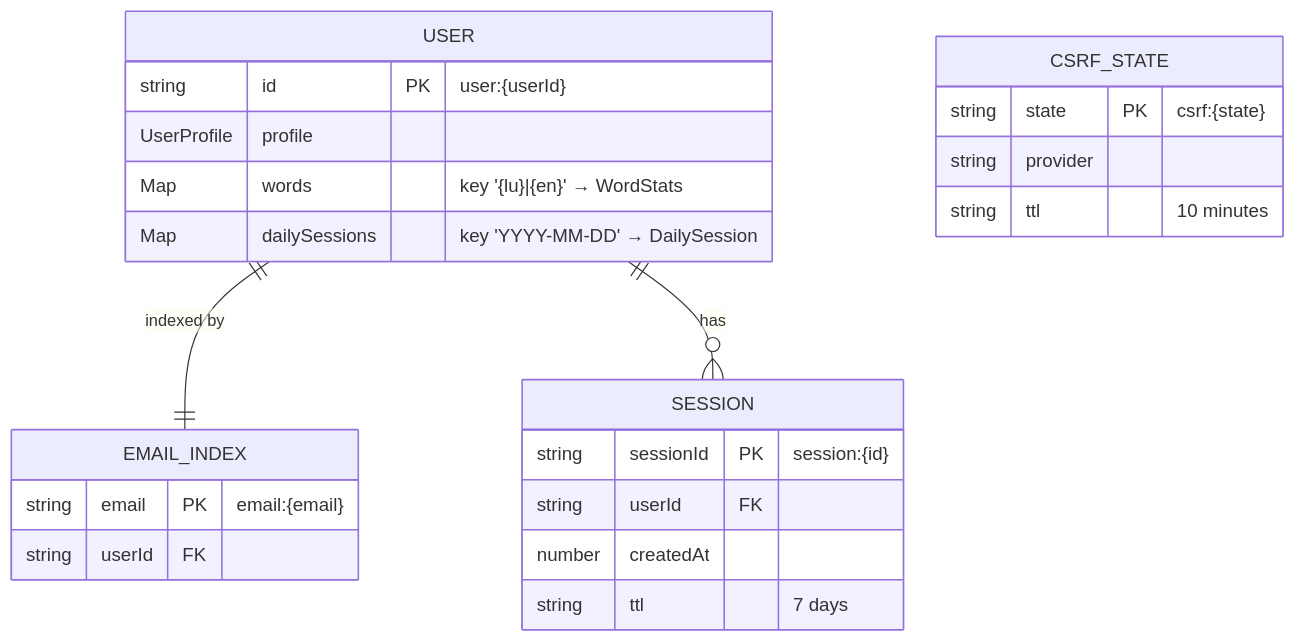
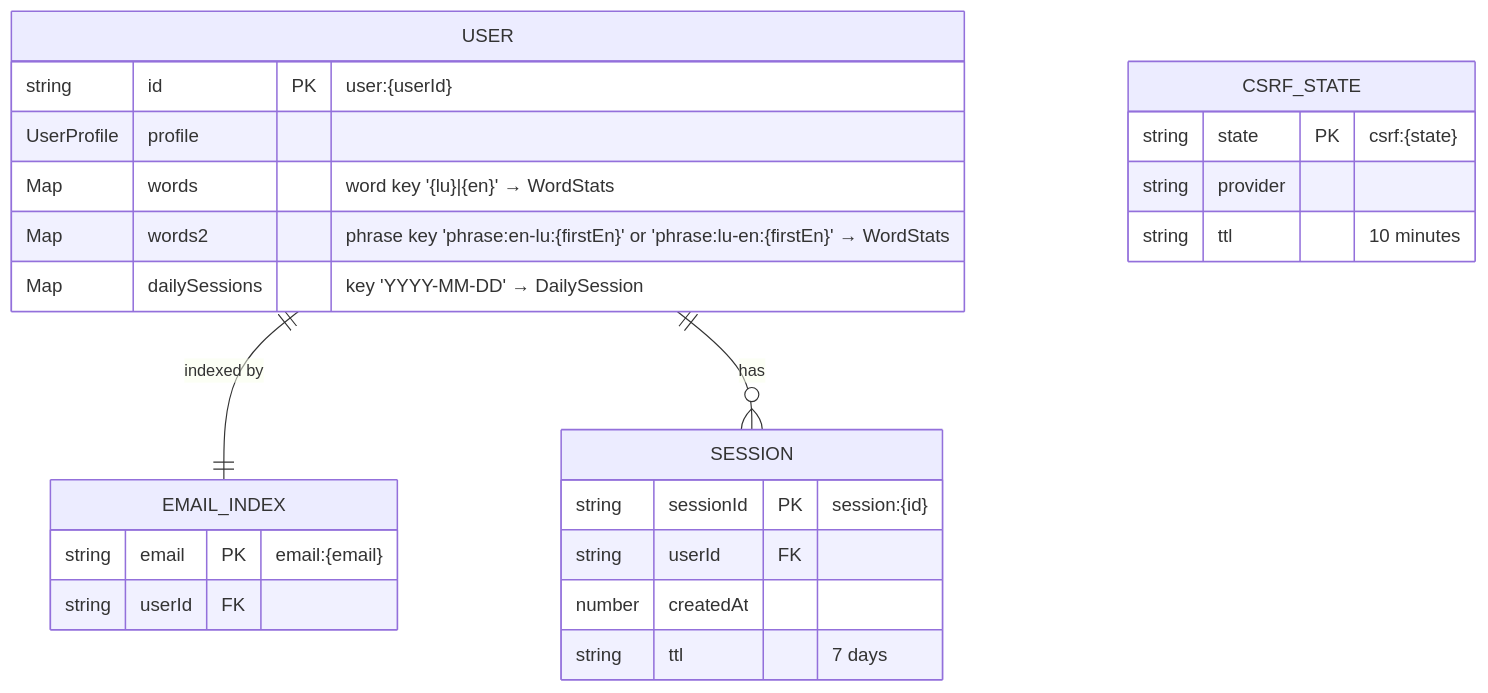
Before and after one commit to ashenwolf/roude-leiw-web: the third of 3 diagrams in CLAUDE.md, drawn with Mermaid. The commit also changed other lines of this file and 40 other files, not shown here.

````diff
--- a/CLAUDE.md
+++ b/CLAUDE.md
@@ -261,26 +271,27 @@
 ```mermaid
 erDiagram
   USER {
     string id PK "user:{userId}"
     UserProfile profile
-    Map words "key '{lu}|{en}' → WordStats"
+    Map words "word key '{lu}|{en}' → WordStats"
+    Map words2 "phrase key 'phrase:en-lu:{firstEn}' or 'phrase:lu-en:{firstEn}' → WordStats"
     Map dailySessions "key 'YYYY-MM-DD' → DailySession"
   }
   EMAIL_INDEX {
     string email PK "email:{email}"
     string userId FK
   }
   SESSION {
     string sessionId PK "session:{id}"
     string userId FK
     number createdAt
     string ttl "7 days"
   }
   CSRF_STATE {
     string state PK "csrf:{state}"
     string provider
     string ttl "10 minutes"
   }
   USER ||--|| EMAIL_INDEX : "indexed by"
   USER ||--o{ SESSION : "has"
 ```
````
